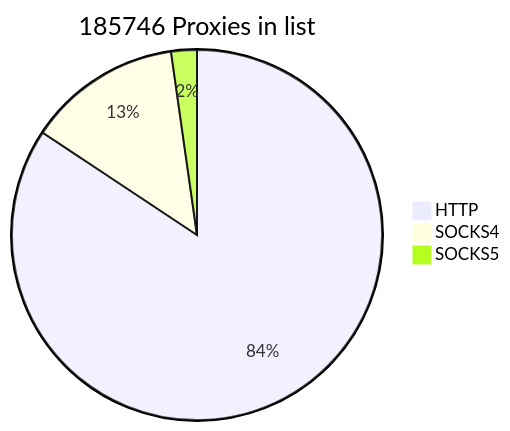
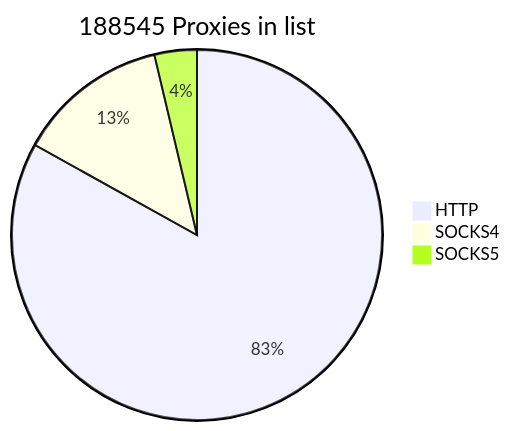
Before and after one commit to cutipu/proxylist: the first of 2 diagrams in README.md, drawn with Mermaid. The commit also changed other lines of this file, not shown here.

````diff
--- a/README.md
+++ b/README.md
@@ -2,7 +2,7 @@
 ```mermaid
-pie title 185746 Proxies in list
+pie title 188545 Proxies in list
     "HTTP" : 156625
     "SOCKS4" : 24951
-    "SOCKS5" : 4170
+    "SOCKS5" : 6969
             
 ```
````
